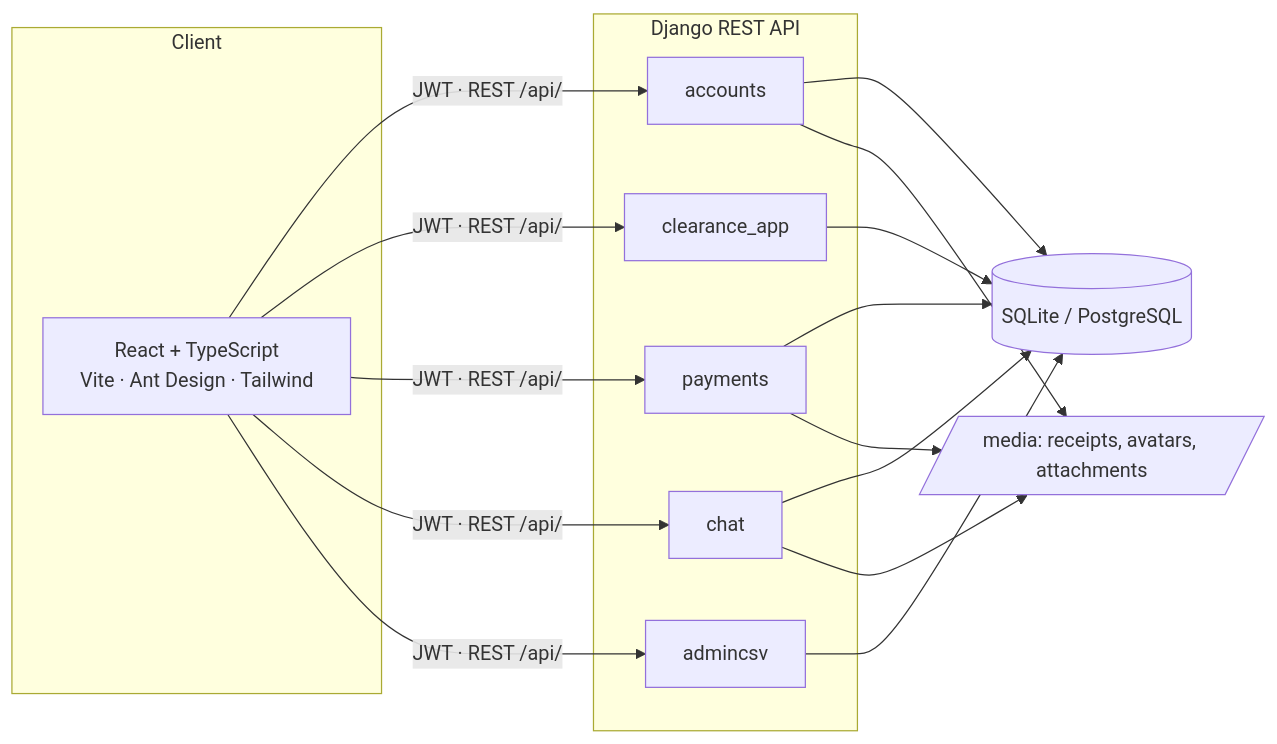
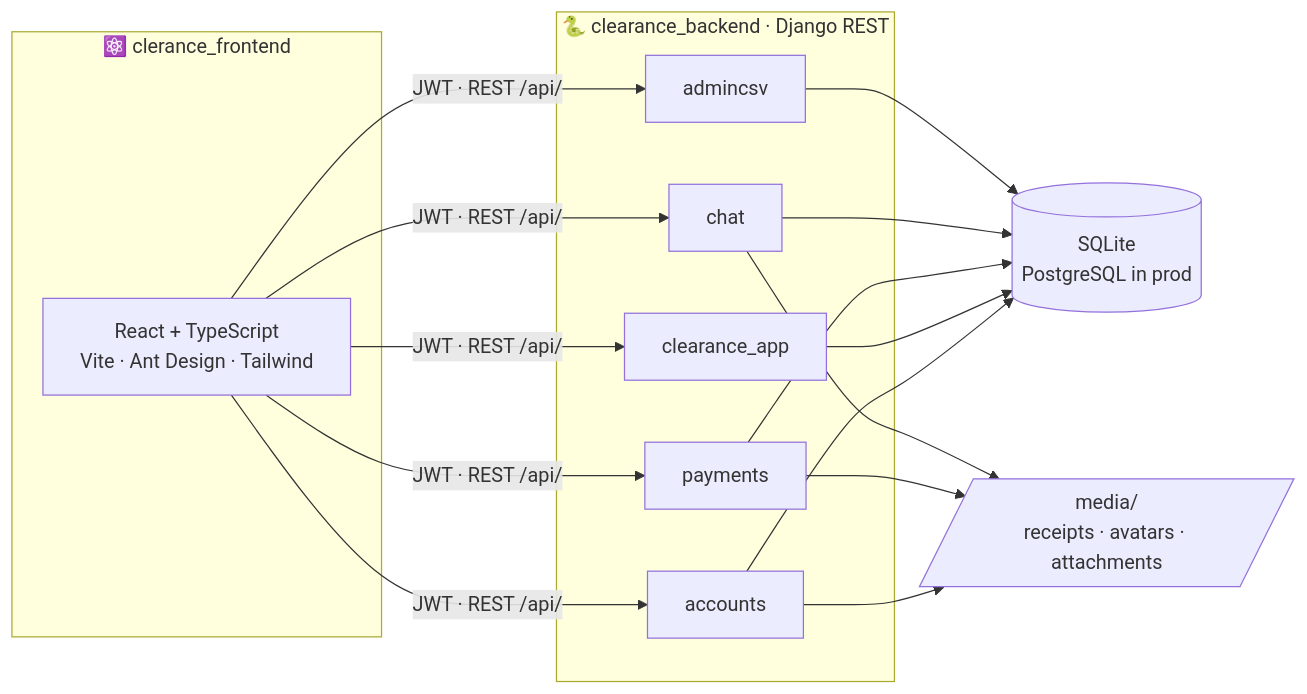
The first of 3 diagrams in clearance_frontend/README.md (yonana-sahile/university-clearance-system), drawn with Mermaid before and after one commit. The commit also changed other lines of this file, not shown here.

````diff
--- a/clearance_frontend/README.md
+++ b/clearance_frontend/README.md
@@ -168,19 +184,21 @@
 ```mermaid
 flowchart LR
-    subgraph Client
-        A[React + TypeScript<br/>Vite · Ant Design · Tailwind]
+    subgraph CLIENT["⚛️ clerance_frontend"]
+        UI["React + TypeScript<br/>Vite · Ant Design · Tailwind"]
     end
-    subgraph Server["Django REST API"]
-        B[accounts]
-        C[clearance_app]
-        D[payments]
-        E[chat]
-        F[admincsv]
+
+    subgraph API["🐍 clearance_backend · Django REST"]
+        A["accounts"]
+        B["clearance_app"]
+        C["payments"]
+        D["chat"]
+        E["admincsv"]
     end
-    G[(SQLite / PostgreSQL)]
-    H[/media: receipts, avatars, attachments/]
 
-    A -- "JWT · REST /api/" --> B & C & D & E & F
-    B & C & D & E & F --> G
-    D & E & B --> H
+    DB[("SQLite<br/>PostgreSQL in prod")]
+    M[/"media/<br/>receipts · avatars · attachments"/]
+
+    UI -- "JWT · REST /api/" --> A & B & C & D & E
+    A & B & C & D & E --> DB
+    A & C & D --> M
 ```
````
